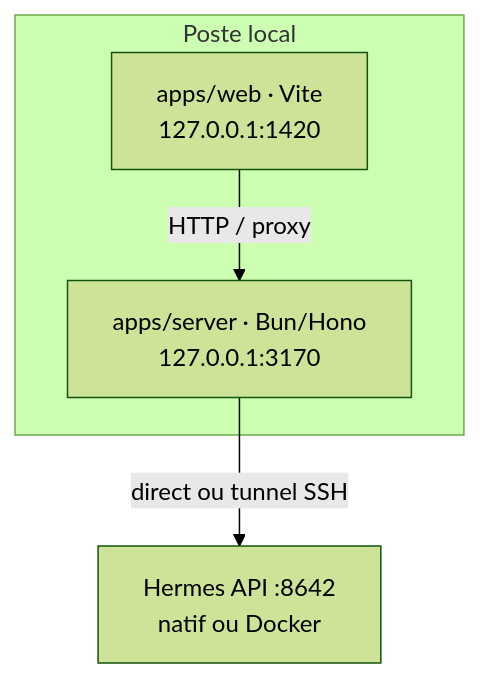
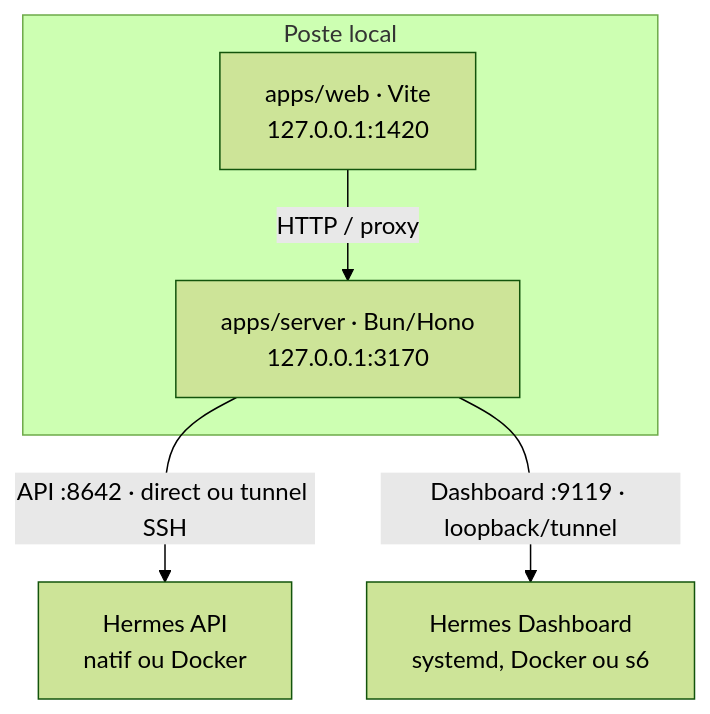
Before and after one commit to dev-toolings/tui-hermes-console: the diagram in docs/INSTALLATION-UTILISATION.md, drawn with Mermaid (forest theme). The commit also changed other lines of this file and 150 other files, not shown here.

````diff
--- a/docs/INSTALLATION-UTILISATION.md
+++ b/docs/INSTALLATION-UTILISATION.md
@@ -15,10 +15,11 @@
 ```mermaid
 flowchart TD
     subgraph local["Poste local"]
         web["apps/web · Vite<br/>127.0.0.1:1420"]
         server["apps/server · Bun/Hono<br/>127.0.0.1:3170"]
         web -->|"HTTP / proxy"| server
     end
 
-    server -->|"direct ou tunnel SSH"| hermes["Hermes API :8642<br/>natif ou Docker"]
+    server -->|"API :8642 · direct ou tunnel SSH"| hermes["Hermes API<br/>natif ou Docker"]
+    server -->|"Dashboard :9119 · loopback/tunnel"| dashboard["Hermes Dashboard<br/>systemd, Docker ou s6"]
 ```
````
